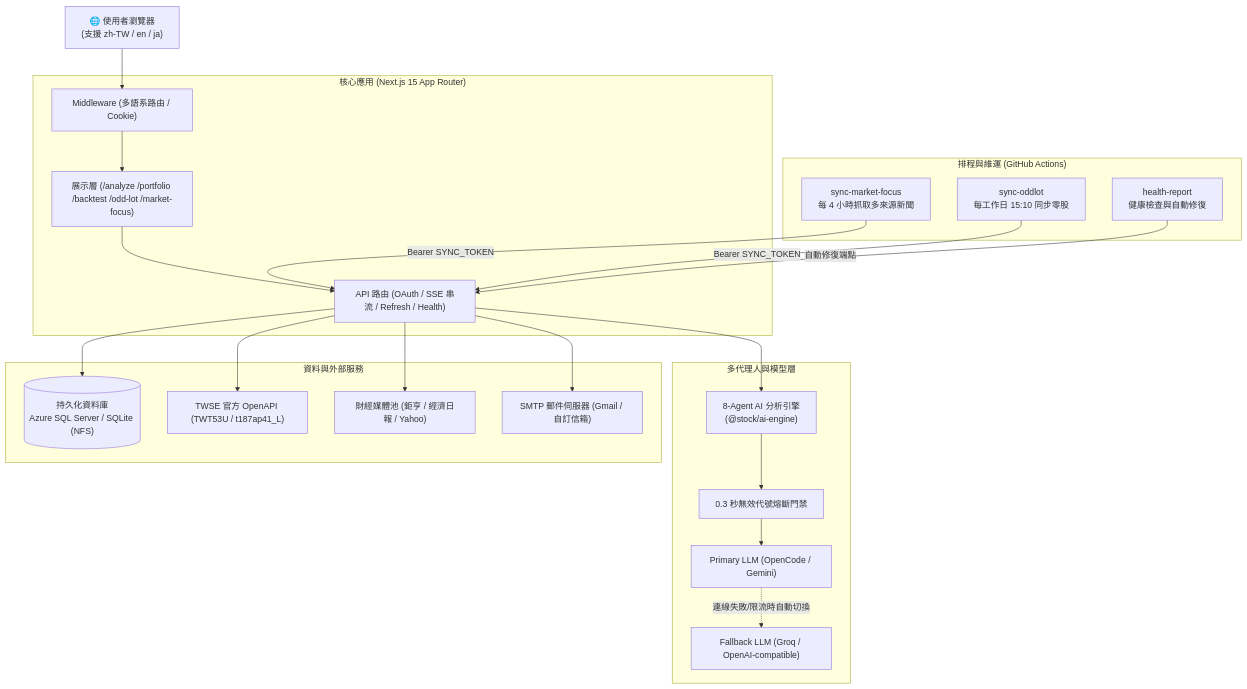
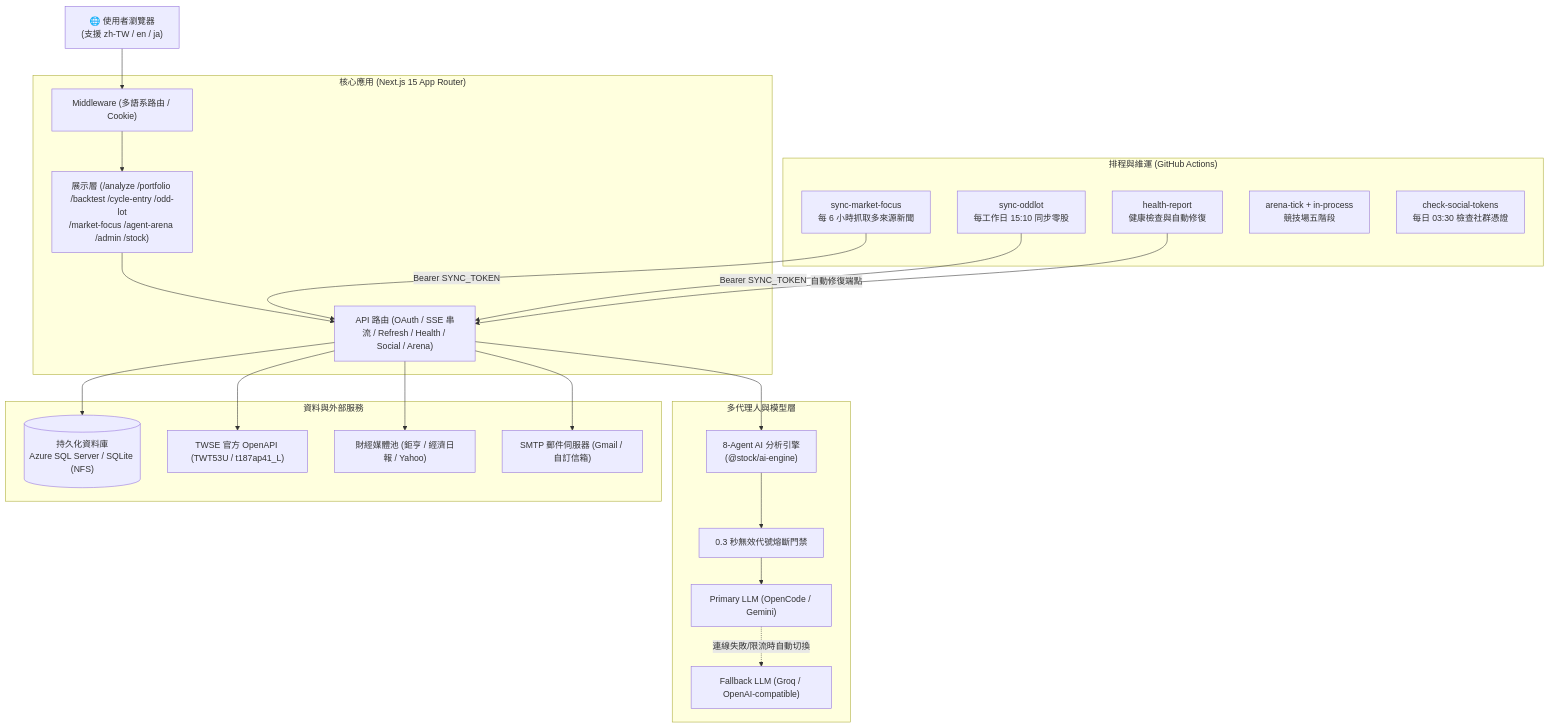
The diagram in docs/architecture-and-tech.md (YozoraRoy/vestential), drawn with Mermaid before and after one commit. The commit also changed other lines of this file and 5 other files, not shown here.

````diff
--- a/docs/architecture-and-tech.md
+++ b/docs/architecture-and-tech.md
@@ -9,44 +9,46 @@
 ```mermaid
 flowchart TB
     User["🌐 使用者瀏覽器<br/>(支援 zh-TW / en / ja)"]
 
     subgraph Actions["排程與維運 (GitHub Actions)"]
-        Cron_MF["sync-market-focus<br/>每 4 小時抓取多來源新聞"]
+        Cron_MF["sync-market-focus<br/>每 6 小時抓取多來源新聞"]
         Cron_ODD["sync-oddlot<br/>每工作日 15:10 同步零股"]
         Cron_Health["health-report<br/>健康檢查與自動修復"]
+        Cron_ARENA["arena-tick + in-process<br/>競技場五階段"]
+        Cron_SOCIAL["check-social-tokens<br/>每日 03:30 檢查社群憑證"]
     end
 
     subgraph Web["核心應用 (Next.js 15 App Router)"]
         MW["Middleware (多語系路由 / Cookie)"]
-        Pages["展示層 (/analyze /portfolio /backtest /odd-lot /market-focus)"]
-        API["API 路由 (OAuth / SSE 串流 / Refresh / Health)"]
+        Pages["展示層 (/analyze /portfolio /backtest /cycle-entry /odd-lot<br/>/market-focus /agent-arena /admin /stock)"]
+        API["API 路由 (OAuth / SSE 串流 / Refresh / Health / Social / Arena)"]
     end
 
     subgraph CoreEngine["多代理人與模型層"]
         AgentEngine["8-Agent AI 分析引擎<br/>(@stock/ai-engine)"]
         Guard["0.3 秒無效代號熔斷門禁"]
         LLM_Primary["Primary LLM (OpenCode / Gemini)"]
         LLM_Fallback["Fallback LLM (Groq / OpenAI-compatible)"]
     end
 
     subgraph DataLayer["資料與外部服務"]
         DB[("持久化資料庫<br/>Azure SQL Server / SQLite (NFS)")]
         TWSE["TWSE 官方 OpenAPI (TWT53U / t187ap41_L)"]
         NewsSources["財經媒體池 (鉅亨 / 經濟日報 / Yahoo)"]
         Mail["SMTP 郵件伺服器 (Gmail / 自訂信箱)"]
     end
 
     User --> MW --> Pages
     Pages --> API
     API --> AgentEngine
     AgentEngine --> Guard
     Guard --> LLM_Primary
     LLM_Primary -.->|連線失敗/限流時自動切換| LLM_Fallback
     API --> DB
     Cron_MF -->|Bearer SYNC_TOKEN| API
     Cron_ODD -->|Bearer SYNC_TOKEN| API
     Cron_Health -->|自動修復端點| API
     API --> TWSE
     API --> NewsSources
     API --> Mail
 ```
````
